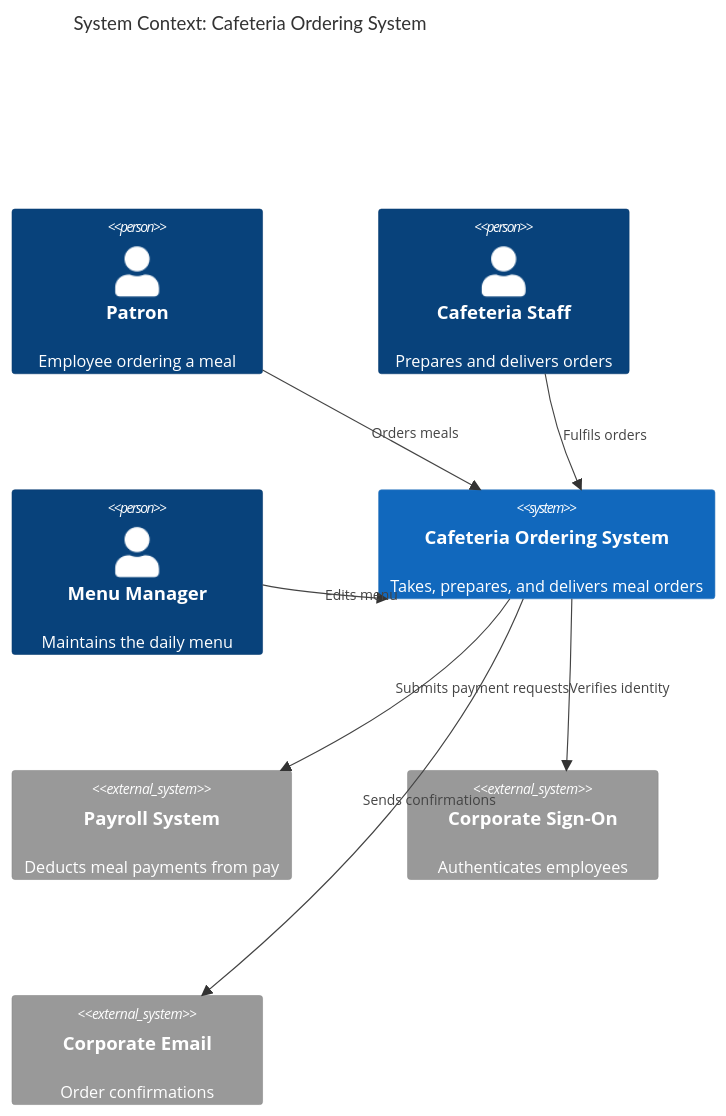
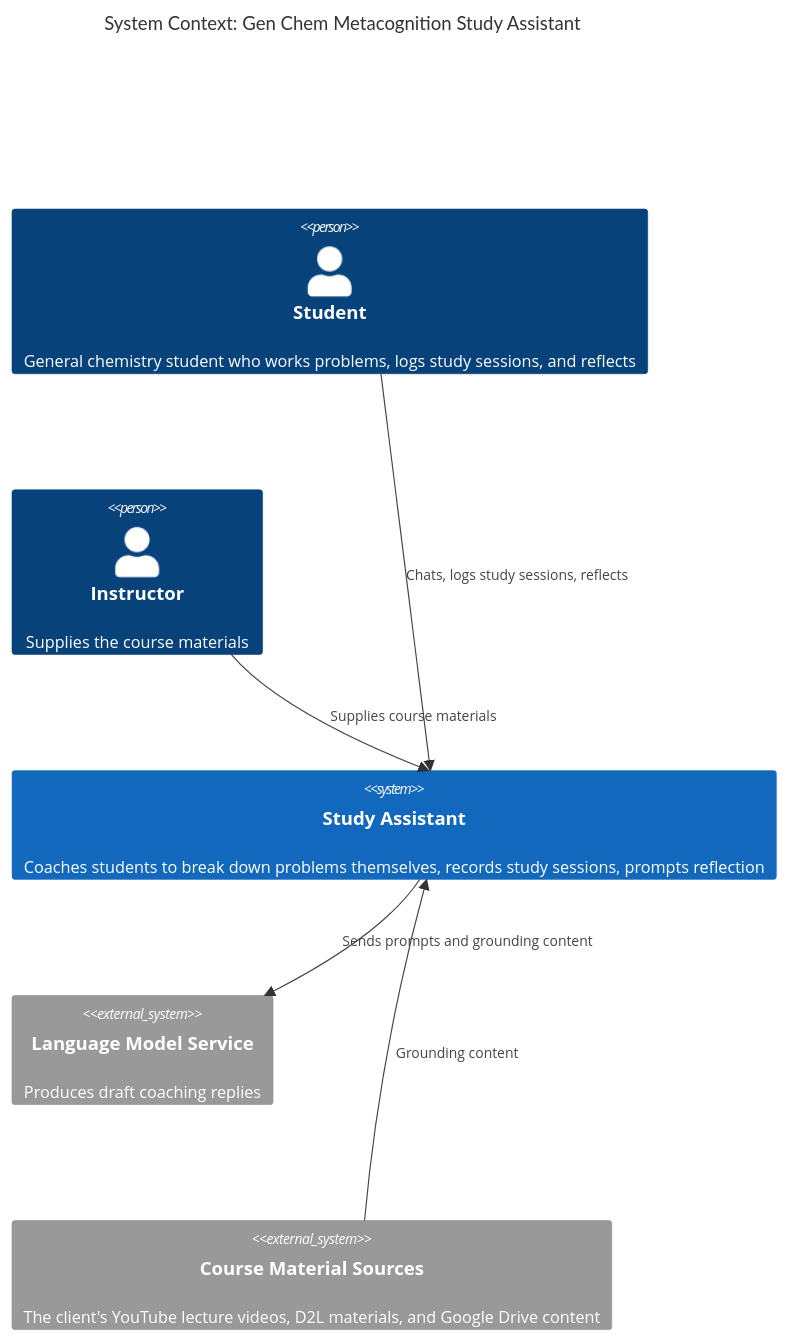
One commit to Boommage/Gen-Chem-MC changed the first of 6 diagrams in docs/design/architectural-design.md. Above: the diagram before and after it, drawn with Mermaid. The commit also changed other lines of this file, not shown here.

````diff
--- a/docs/design/architectural-design.md
+++ b/docs/design/architectural-design.md
@@ -91,21 +92,17 @@
 ```mermaid
 C4Context
-    title System Context: Cafeteria Ordering System
+    title System Context: Gen Chem Metacognition Study Assistant
 
-    Person(patron, "Patron", "Employee ordering a meal")
-    Person(staff, "Cafeteria Staff", "Prepares and delivers orders")
-    Person(menu, "Menu Manager", "Maintains the daily menu")
+    Person(student, "Student", "General chemistry student who works problems, logs study sessions, and reflects")
+    Person(instructor, "Instructor", "Supplies the course materials")
 
-    System(cos, "Cafeteria Ordering System", "Takes, prepares, and delivers meal orders")
+    System(sa, "Study Assistant", "Coaches students to break down problems themselves, records study sessions, prompts reflection")
 
-    System_Ext(payroll, "Payroll System", "Deducts meal payments from pay")
-    System_Ext(sso, "Corporate Sign-On", "Authenticates employees")
-    System_Ext(email, "Corporate Email", "Order confirmations")
+    System_Ext(llm, "Language Model Service", "Produces draft coaching replies")
+    System_Ext(materials, "Course Material Sources", "The client's YouTube lecture videos, D2L materials, and Google Drive content")
 
-    Rel(patron, cos, "Orders meals")
-    Rel(staff, cos, "Fulfils orders")
-    Rel(menu, cos, "Edits menu")
-    Rel(cos, payroll, "Submits payment requests")
-    Rel(cos, sso, "Verifies identity")
-    Rel(cos, email, "Sends confirmations")
+    Rel(student, sa, "Chats, logs study sessions, reflects")
+    Rel(instructor, sa, "Supplies course materials")
+    Rel(sa, llm, "Sends prompts and grounding content")
+    Rel(materials, sa, "Grounding content")
 ```
````
